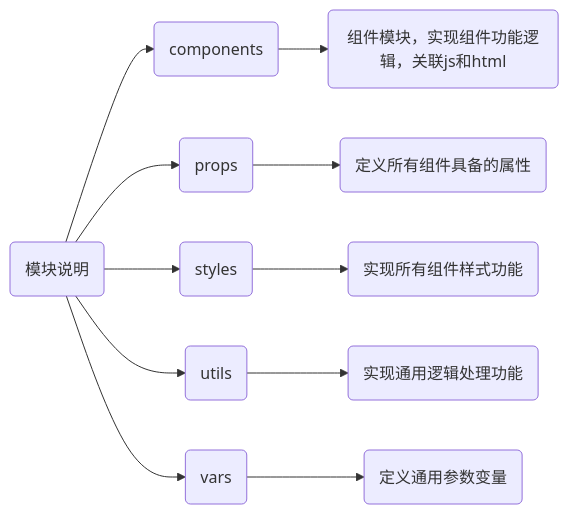
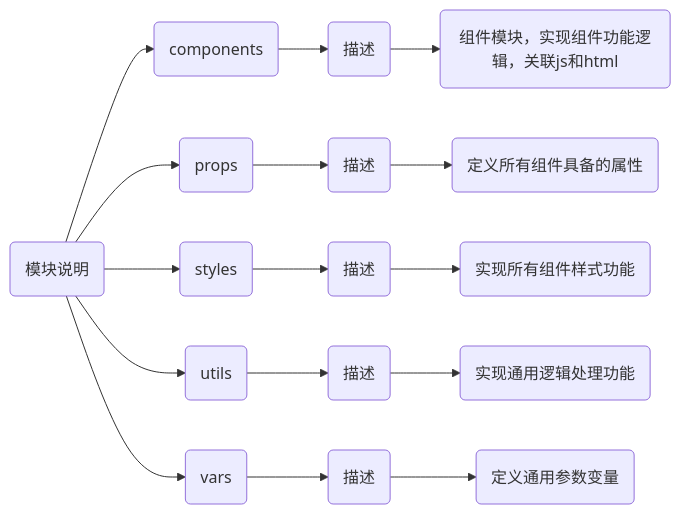
One commit to IsolatedTraveler/wdxx-ui changed the diagram in packages/README.md. Above: the diagram before and after it, drawn with Mermaid.

````diff
--- a/packages/README.md
+++ b/packages/README.md
@@ -1,8 +1,8 @@
 ```mermaid
 graph LR
-A("模块说明")-->AA("components")-->AAA("组件模块，实现组件功能逻辑，关联js和html")
-A-->AB("props")-->ABA("定义所有组件具备的属性")
-A-->AC("styles")-->ACA("实现所有组件样式功能")
-A-->AD("utils")-->ADA("实现通用逻辑处理功能")
-A-->AE("vars")-->AEA("定义通用参数变量")
+A("模块说明")-->AA("components")-->AAA("描述")-->AAAA("组件模块，实现组件功能逻辑，关联js和html")
+A-->AB("props")-->ABA("描述")-->ABAA("定义所有组件具备的属性")
+A-->AC("styles")-->ACA("描述")-->ACAA("实现所有组件样式功能")
+A-->AD("utils")-->ADA("描述")-->ADAA("实现通用逻辑处理功能")
+A-->AE("vars")-->AEA("描述")-->AEAA("定义通用参数变量")
 ```
````
